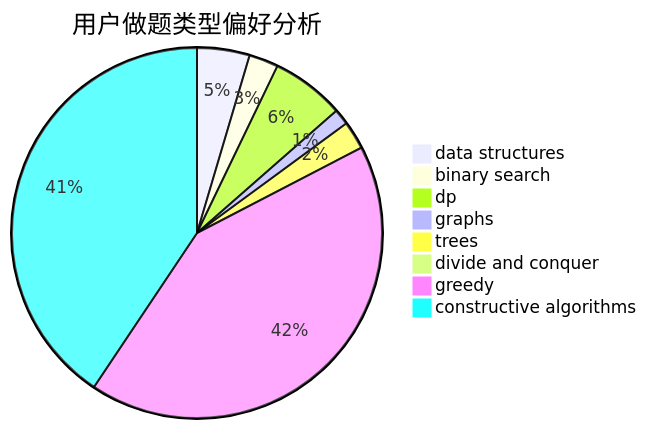
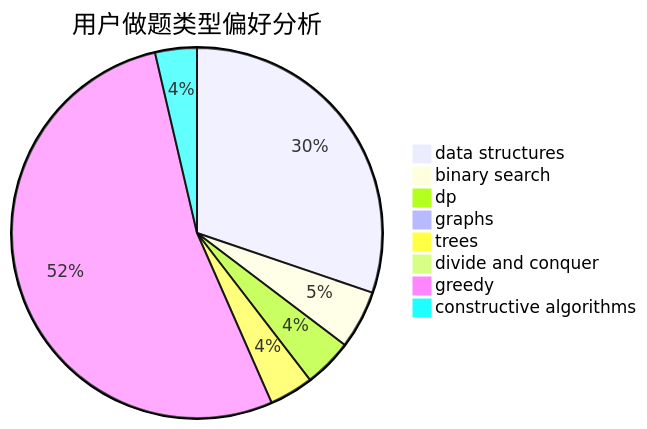
Before and after one commit to sherpahu/cfrs.github.io: the second of 3 diagrams in docs/user/u2725.md, drawn with Mermaid. The commit also changed other lines of this file and 2770 other files, not shown here.

````diff
--- a/docs/user/u2725.md
+++ b/docs/user/u2725.md
@@ -23,11 +23,11 @@
 ```mermaid
 pie title 用户做题类型偏好分析
-    "data structures" :  43
-    "binary search" :  24
-    "dp" :  60
-    "graphs" :  13
-    "trees" :  23
-    "divide and conquer" :  1
-    "greedy" :  394
-    "constructive algorithms" :  381
+    "data structures" :  456
+    "binary search" :  77
+    "dp" :  64
+    "graphs" :  14
+    "trees" :  58
+    "divide and conquer" :  2
+    "greedy" :  799
+    "constructive algorithms" :  55
 ```
````
